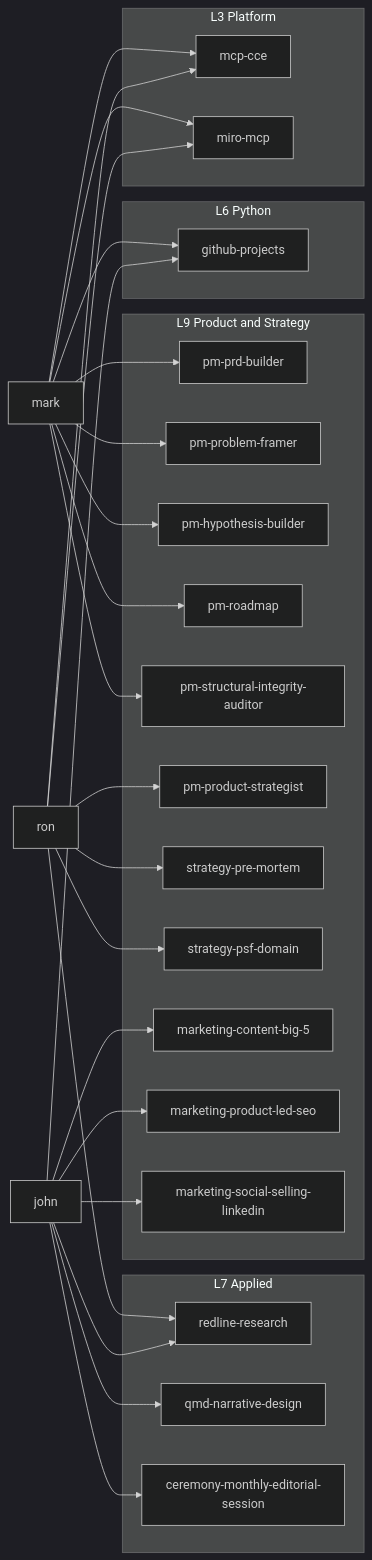
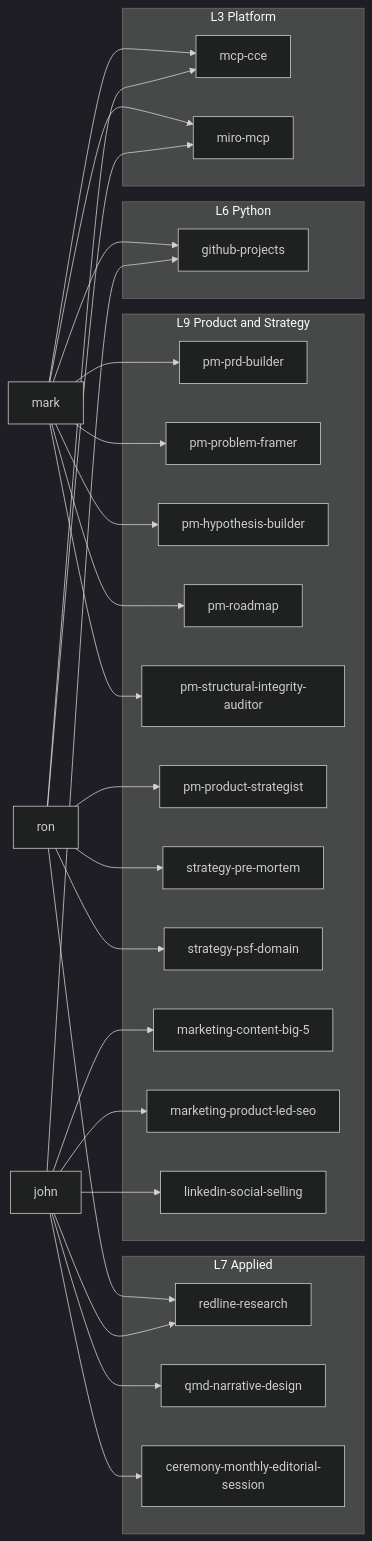
One commit to redmarklogic/redline changed the second of 3 diagrams in docs/architecture/skills-architecture.md. Above: the diagram before and after it, drawn with Mermaid (dark theme). The commit also changed other lines of this file and 1 other file, not shown here.

First line of the commit message:
docs: update skills architecture doc and spec-016 audit log

````diff
--- a/docs/architecture/skills-architecture.md
+++ b/docs/architecture/skills-architecture.md
@@ -353,59 +358,59 @@
 ```mermaid
 graph LR
     mrk[mark]
     ron[ron]
     jhn[john]
 
     subgraph L3[L3 Platform]
         cce[mcp-cce]
         mro[miro-mcp]
     end
 
     subgraph L6[L6 Python]
         ghp[github-projects]
     end
 
     subgraph L7[L7 Applied]
         rr[redline-research]
         qnd[qmd-narrative-design]
         cme[ceremony-monthly-editorial-session]
     end
 
     subgraph L9[L9 Product and Strategy]
         pprb[pm-prd-builder]
         ppf[pm-problem-framer]
         phb[pm-hypothesis-builder]
         prm[pm-roadmap]
         psi[pm-structural-integrity-auditor]
         pps[pm-product-strategist]
         spm[strategy-pre-mortem]
         spf[strategy-psf-domain]
         mbb[marketing-content-big-5]
         mps[marketing-product-led-seo]
-        msl[marketing-social-selling-linkedin]
+        msl[linkedin-social-selling]
     end
 
     mrk --> pprb
     mrk --> ppf
     mrk --> phb
     mrk --> prm
     mrk --> psi
     mrk --> cce
     mrk --> mro
     mrk --> ghp
 
     ron --> pps
     ron --> spm
     ron --> spf
     ron --> rr
     ron --> mro
     ron --> cce
 
     jhn --> mbb
     jhn --> mps
     jhn --> msl
     jhn --> qnd
     jhn --> cme
     jhn --> rr
     jhn --> ghp
 ```
````
